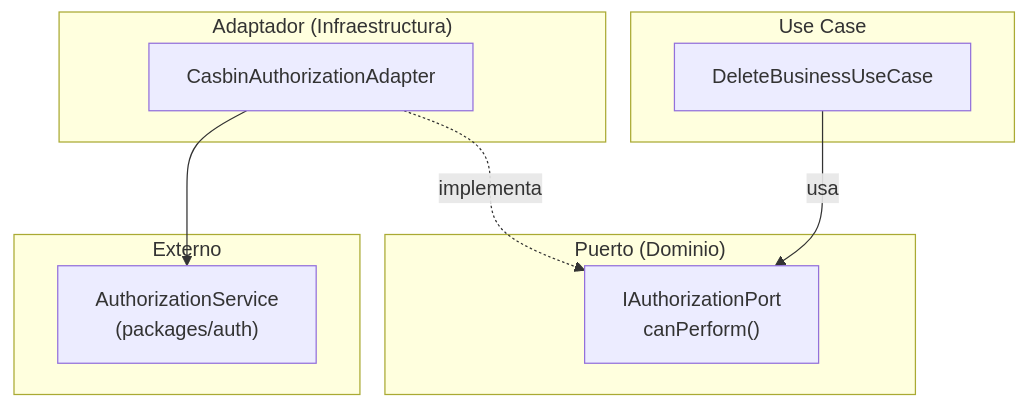
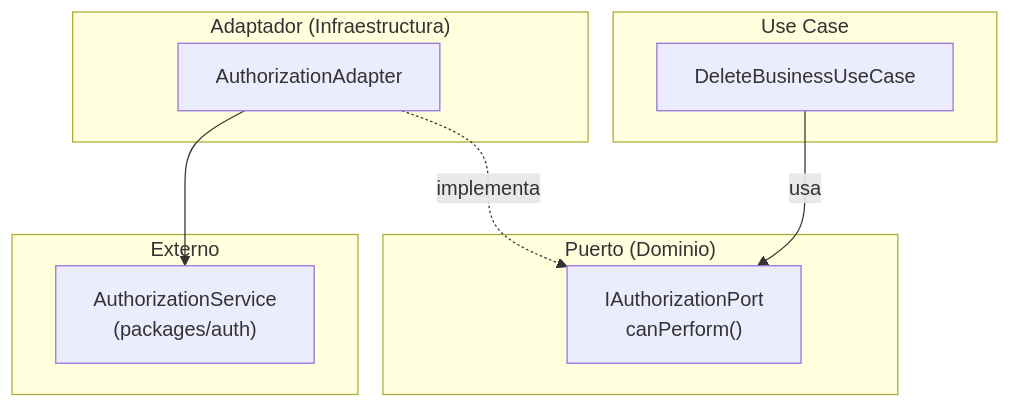
One commit to lehi10/tuagenda changed the third of 3 diagrams in docs/docs/flows/authorization.md. Above: the diagram before and after it, drawn with Mermaid. The commit also changed other lines of this file and 19 other files, not shown here.

First line of the commit message:
Removes Casbin authorization system

````diff
--- a/docs/docs/flows/authorization.md
+++ b/docs/docs/flows/authorization.md
@@ -202,22 +149,22 @@
 ```mermaid
 flowchart TB
     subgraph UseCase["Use Case"]
         UC["DeleteBusinessUseCase"]
     end
 
     subgraph Port["Puerto (Dominio)"]
         IAuth["IAuthorizationPort<br/>canPerform()"]
     end
 
     subgraph Adapter["Adaptador (Infraestructura)"]
-        Casbin["CasbinAuthorizationAdapter"]
+        AuthAdapter["AuthorizationAdapter"]
     end
 
     subgraph External["Externo"]
         Service["AuthorizationService<br/>(packages/auth)"]
     end
 
     UC -->|"usa"| IAuth
-    Casbin -.->|"implementa"| IAuth
-    Casbin --> Service
+    AuthAdapter -.->|"implementa"| IAuth
+    AuthAdapter --> Service
 ```
````
